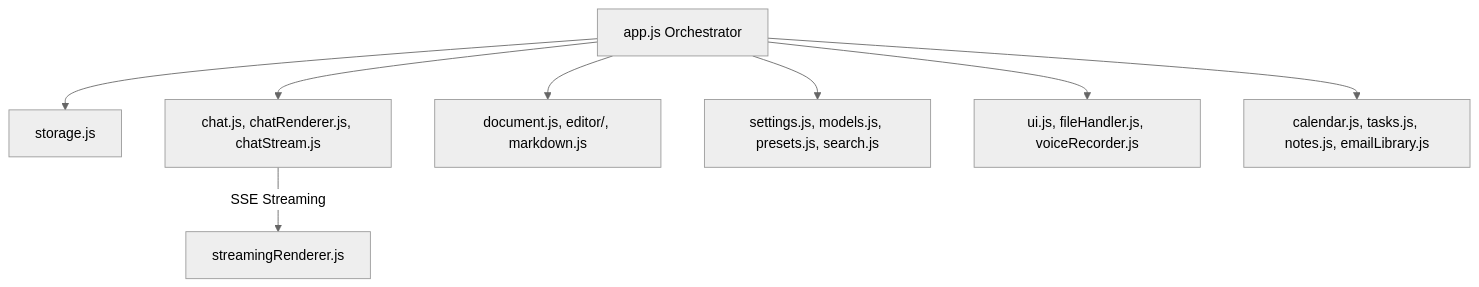
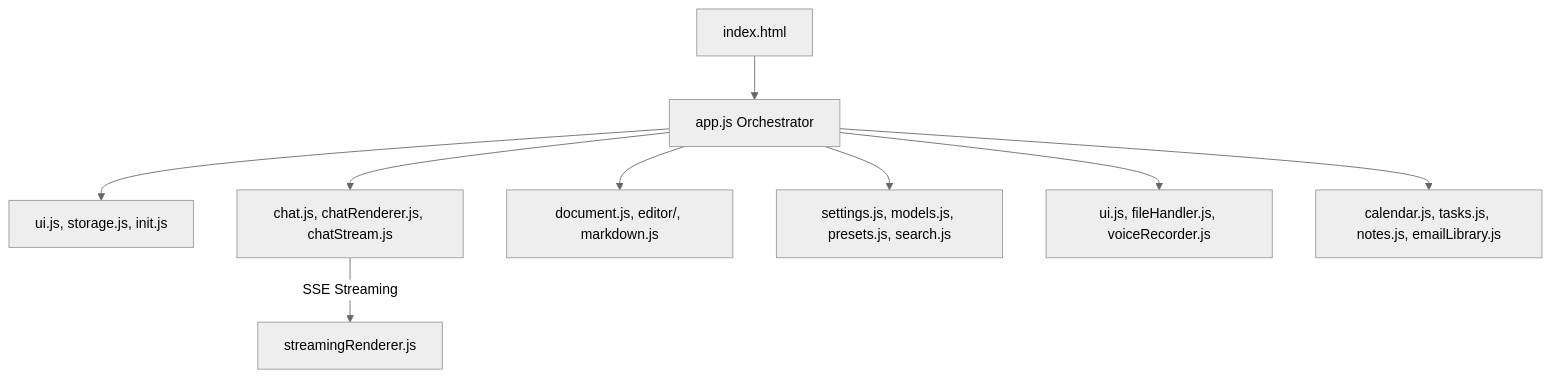
One commit to odysseus-dev/odysseus changed the second of 27 diagrams in docs/ARCHITECTURE.md. Above: the diagram before and after it, drawn with Mermaid (neutral theme). The commit also changed other lines of this file, not shown here.

First line of the commit message:
docs: Deduplicate and consolidate sections in ARCHITECTURE.md

````diff
--- a/docs/ARCHITECTURE.md
+++ b/docs/ARCHITECTURE.md
@@ -1167,10 +1110,11 @@
 ```mermaid
 graph TD
-    App[app.js Orchestrator] --> Storage[storage.js]
-    App --> DomainChat[chat.js, chatRenderer.js, chatStream.js]
-    App --> DomainDocs[document.js, editor/, markdown.js]
-    App --> DomainSettings[settings.js, models.js, presets.js, search.js]
-    App --> Components[ui.js, fileHandler.js, voiceRecorder.js]
-    App --> SubSystems[calendar.js, tasks.js, notes.js, emailLibrary.js]
+    HTML[index.html] --> AppJS[app.js Orchestrator]
+    AppJS --> Core[ui.js, storage.js, init.js]
+    AppJS --> DomainChat[chat.js, chatRenderer.js, chatStream.js]
+    AppJS --> DomainDocs[document.js, editor/, markdown.js]
+    AppJS --> DomainSettings[settings.js, models.js, presets.js, search.js]
+    AppJS --> Components[ui.js, fileHandler.js, voiceRecorder.js]
+    AppJS --> SubSystems[calendar.js, tasks.js, notes.js, emailLibrary.js]
     DomainChat --> |SSE Streaming| Render[streamingRenderer.js]
 ```
````
